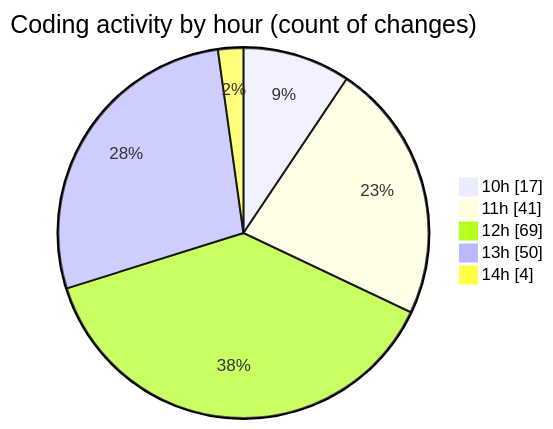
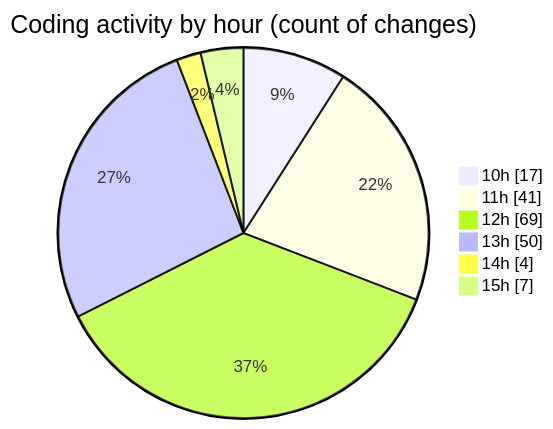
One commit to momahboobian/code-tracking changed the second of 2 diagrams in 2025-10-06/cda/README.md. Above: the diagram before and after it, drawn with Mermaid. The commit also changed other lines of this file and 1 other file, not shown here.

````diff
--- a/2025-10-06/cda/README.md
+++ b/2025-10-06/cda/README.md
@@ -33,9 +33,10 @@
 ```mermaid
 pie showData
 title Coding activity by hour (count of changes)
 "10h" : 17
 "11h" : 41
 "12h" : 69
 "13h" : 50
 "14h" : 4
+"15h" : 7
 ```
````
